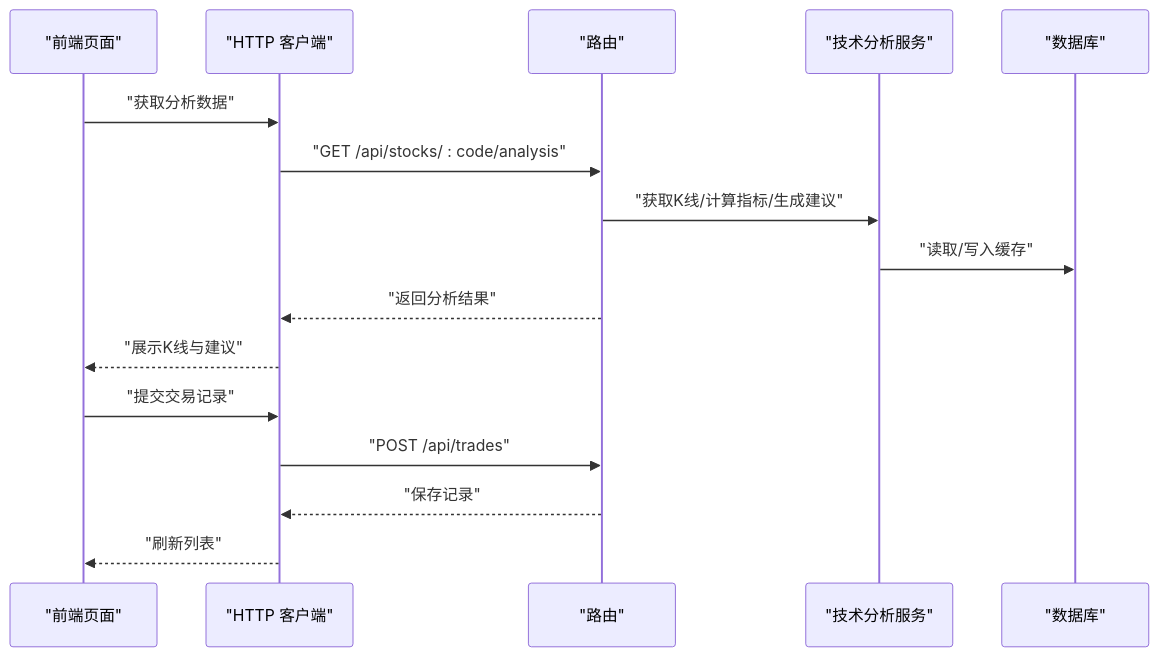
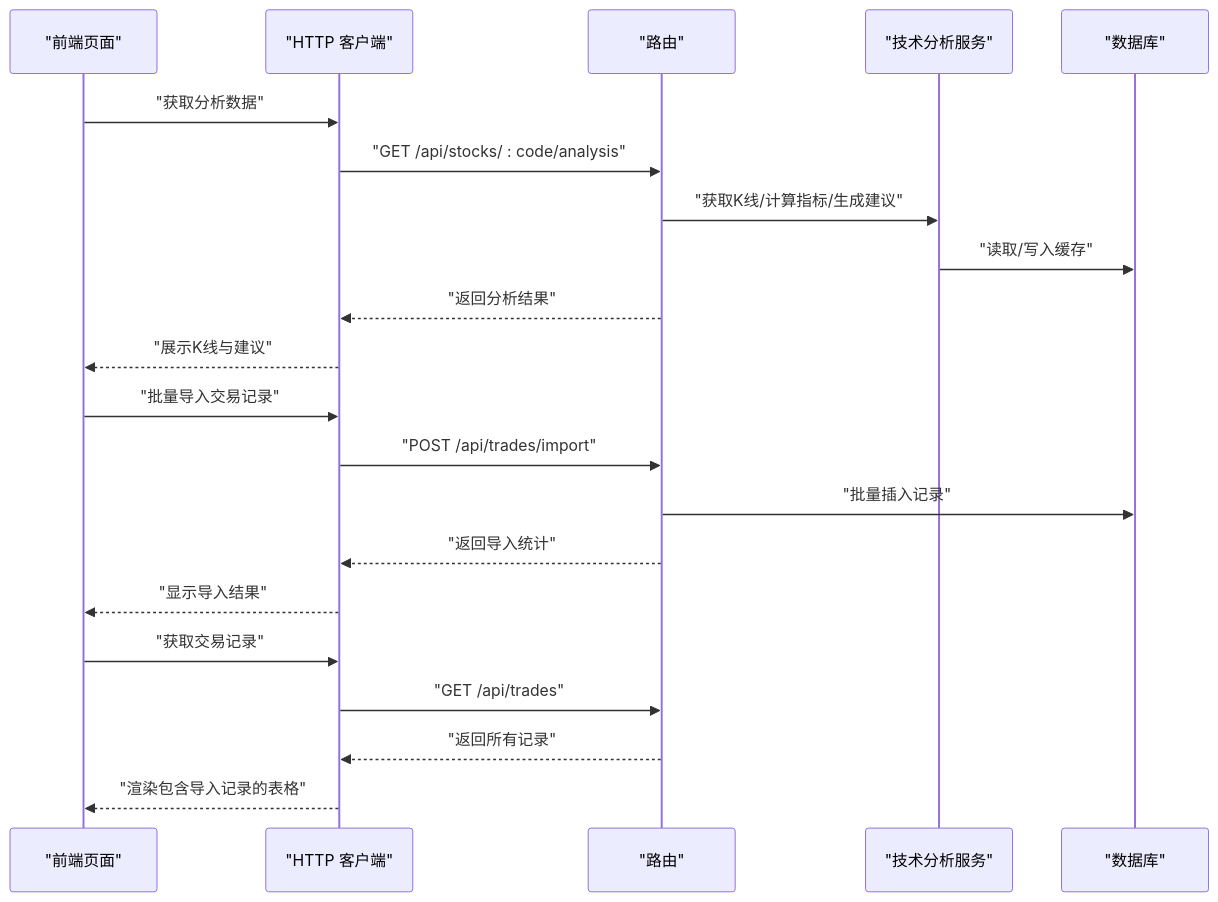
One commit to Moruime/stock_foker changed the sixth of 8 diagrams in .qoder/repowiki/zh/content/核心功能/交易记录管理.md. Above: the diagram before and after it, drawn with Mermaid. The commit also changed other lines of this file and 52 other files, not shown here.

````diff
--- a/.qoder/repowiki/zh/content/核心功能/交易记录管理.md
+++ b/.qoder/repowiki/zh/content/核心功能/交易记录管理.md
@@ -284,18 +294,23 @@
 ```mermaid
 sequenceDiagram
 participant FE as "前端页面"
 participant API as "HTTP 客户端"
 participant Router as "路由"
 participant Service as "技术分析服务"
 participant DB as "数据库"
 FE->>API : "获取分析数据"
 API->>Router : "GET /api/stocks/ : code/analysis"
 Router->>Service : "获取K线/计算指标/生成建议"
 Service->>DB : "读取/写入缓存"
 Router-->>API : "返回分析结果"
 API-->>FE : "展示K线与建议"
-FE->>API : "提交交易记录"
-API->>Router : "POST /api/trades"
-Router-->>API : "保存记录"
-API-->>FE : "刷新列表"
+FE->>API : "批量导入交易记录"
+API->>Router : "POST /api/trades/import"
+Router->>DB : "批量插入记录"
+Router-->>API : "返回导入统计"
+API-->>FE : "显示导入结果"
+FE->>API : "获取交易记录"
+API->>Router : "GET /api/trades"
+Router-->>API : "返回所有记录"
+API-->>FE : "渲染包含导入记录的表格"
 ```
````
